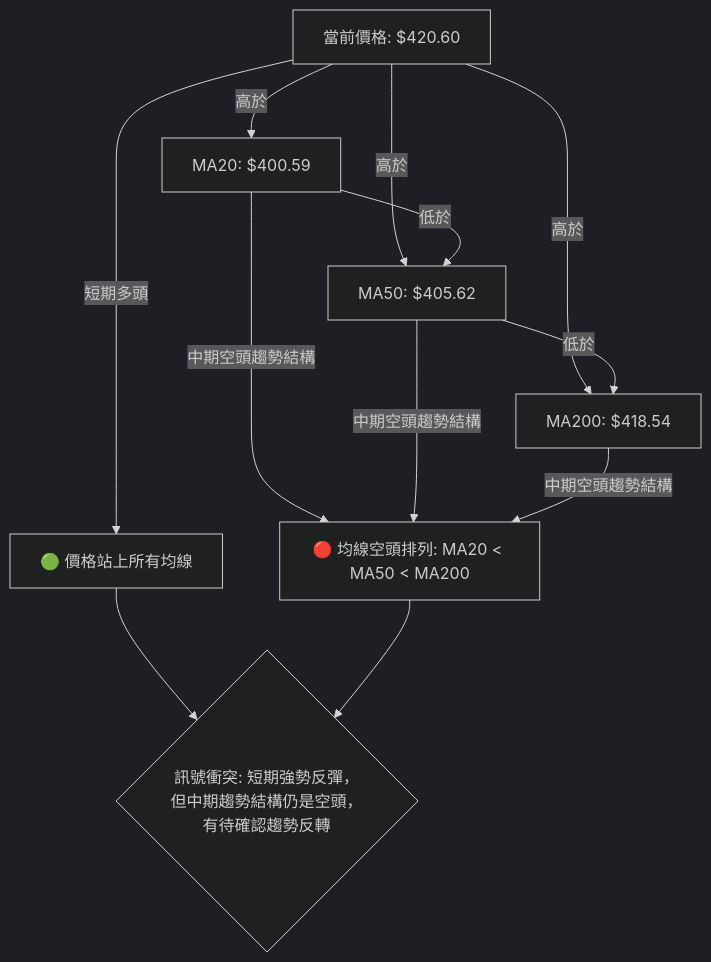
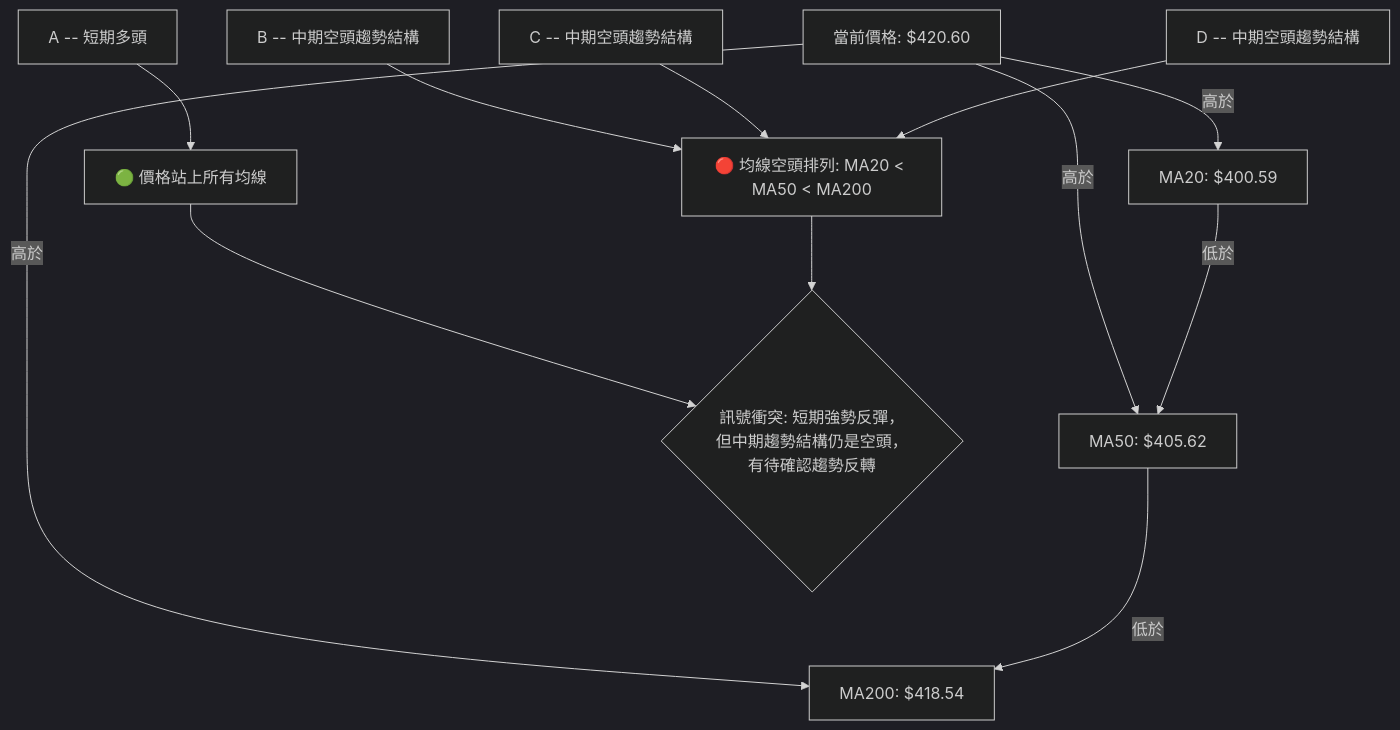
Before and after one commit to yennanliu/finance_data: the seventh of 10 diagrams in ai_gen_report/stock/tsla/technical_analysis_2026-06-30_gemini.md, drawn with Mermaid (dark theme). The commit also changed other lines of this file and 2258 other files, not shown here.

First line of the commit message:
chore: backfill Mermaid syntax repair across existing reports

````diff
--- a/ai_gen_report/stock/tsla/technical_analysis_2026-06-30_gemini.md
+++ b/ai_gen_report/stock/tsla/technical_analysis_2026-06-30_gemini.md
@@ -426,23 +426,23 @@
 ```mermaid
 graph TD
     A["當前價格: $420.60"]
     B["MA20: $400.59"]
     C["MA50: $405.62"]
     D["MA200: $418.54"]
 
-    A -->|高於| B
-    A -->|高於| C
-    A -->|高於| D
-    B -->|低於| C
-    C -->|低於| D
+    A -->|"高於"| B
+    A -->|"高於"| C
+    A -->|"高於"| D
+    B -->|"低於"| C
+    C -->|"低於"| D
 
-    BULL_SIGNAL[🟢 價格站上所有均線]
-    BEAR_SIGNAL[🔴 均線空頭排列: MA20 < MA50 < MA200]
+    BULL_SIGNAL["🟢 價格站上所有均線"]
+    BEAR_SIGNAL["🔴 均線空頭排列: MA20 < MA50 < MA200"]
 
-    A -- "短期多頭" --> BULL_SIGNAL
-    B -- "中期空頭趨勢結構" --> BEAR_SIGNAL
-    C -- "中期空頭趨勢結構" --> BEAR_SIGNAL
-    D -- "中期空頭趨勢結構" --> BEAR_SIGNAL
+    nb1["A -- "短期多頭""] --> BULL_SIGNAL
+    nb2["B -- "中期空頭趨勢結構""] --> BEAR_SIGNAL
+    nb3["C -- "中期空頭趨勢結構""] --> BEAR_SIGNAL
+    nb4["D -- "中期空頭趨勢結構""] --> BEAR_SIGNAL
 
     BULL_SIGNAL & BEAR_SIGNAL --> CONFLICT{"訊號衝突: 短期強勢反彈，但中期趨勢結構仍是空頭，有待確認趨勢反轉"}
 ```
````
